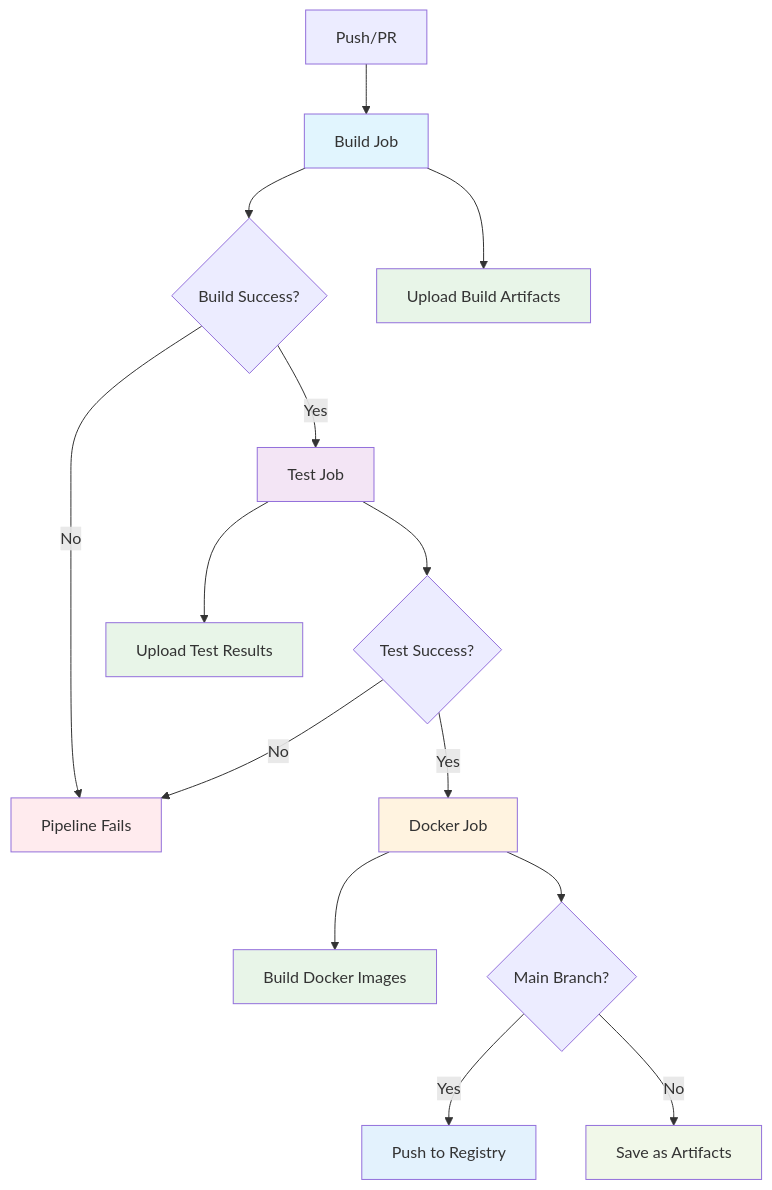
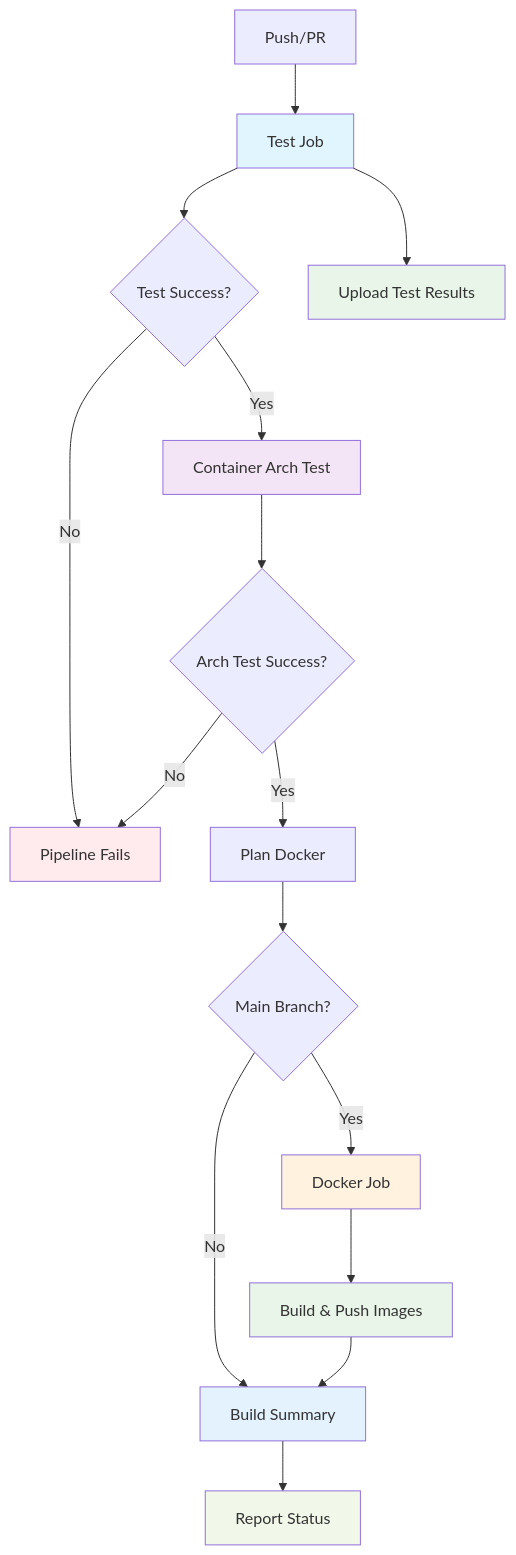
The first of 2 diagrams in README.md (whale-net/everything), drawn with Mermaid before and after one commit. The commit also changed other lines of this file and 1 other file, not shown here.

Commit message:
Restructure CI workflow: split container arch test, docker only on main

````diff
--- a/README.md
+++ b/README.md
@@ -636,26 +636,26 @@
 ```mermaid
 graph TD
-    A[Push/PR] --> B[Build Job]
-    B --> C{Build Success?}
-    C -->|Yes| D[Test Job]
+    A[Push/PR] --> B[Test Job]
+    B --> C{Test Success?}
+    C -->|Yes| D[Container Arch Test]
     C -->|No| F[Pipeline Fails]
-    D --> G{Test Success?}
-    G -->|Yes| H[Docker Job]
-    G -->|No| F
-    D --> I[Upload Test Results]
-    H --> J[Build Docker Images]
-    B --> K[Upload Build Artifacts]
-    H --> L{Main Branch?}
-    L -->|Yes| M[Push to Registry]
-    L -->|No| N[Save as Artifacts]
+    D --> E{Arch Test Success?}
+    E -->|Yes| G[Plan Docker]
+    E -->|No| F
+    G --> H{Main Branch?}
+    H -->|Yes| I[Docker Job]
+    H -->|No| J[Build Summary]
+    I --> K[Build & Push Images]
+    K --> J
+    J --> L[Report Status]
+    B --> M[Upload Test Results]
     
     style B fill:#e1f5fe
     style D fill:#f3e5f5
-    style H fill:#fff3e0
+    style I fill:#fff3e0
     style F fill:#ffebee
-    style I fill:#e8f5e8
-    style J fill:#e8f5e8
+    style M fill:#e8f5e8
     style K fill:#e8f5e8
-    style M fill:#e3f2fd
-    style N fill:#f1f8e9
+    style J fill:#e3f2fd
+    style L fill:#f1f8e9
 ```
````
